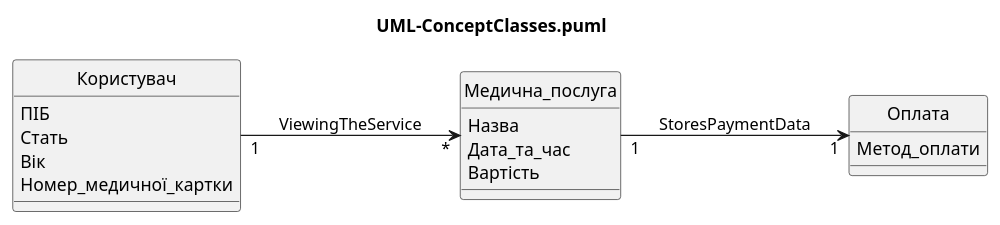
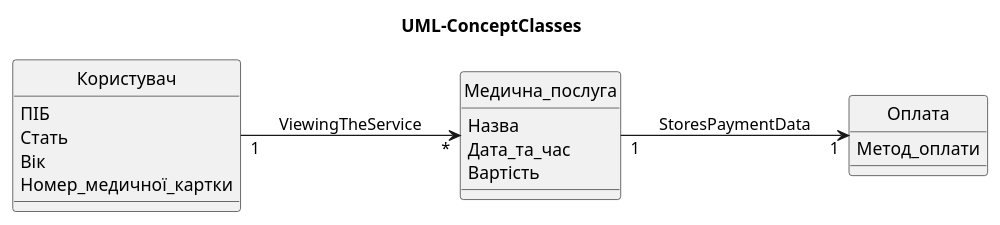
Before and after one commit to oleksandrblazhko/ai-212-gurbin: the diagram in 2-SoftwareDesign/2.7-PlantUML/UML-ConceptClasses.puml, drawn with PlantUML.

```diff
--- a/2-SoftwareDesign/2.7-PlantUML/UML-ConceptClasses.puml
+++ b/2-SoftwareDesign/2.7-PlantUML/UML-ConceptClasses.puml
@@ -1,28 +1,28 @@
 @startuml
 hide circle
-title UML-ConceptClasses.puml
+title UML-ConceptClasses
 left to right direction
 
 Class Користувач{
     ПІБ
     Стать
     Вік
     Номер_медичної_картки
 }
 
 Class Медична_послуга{
     Назва
     Дата_та_час
     Вартість
 }
 
 Class Оплата{
     Метод_оплати
 }
 
 
 Користувач"1" --> "*"Медична_послуга: ViewingTheService
 
 Медична_послуга"1" --> "1"Оплата: StoresPaymentData
 
 @enduml
```
